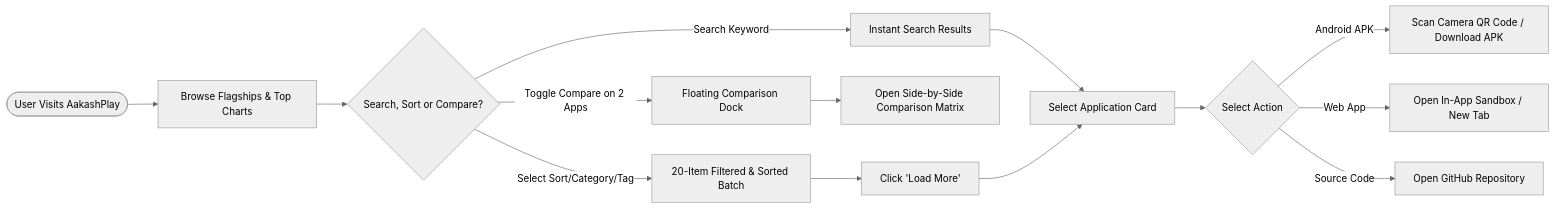
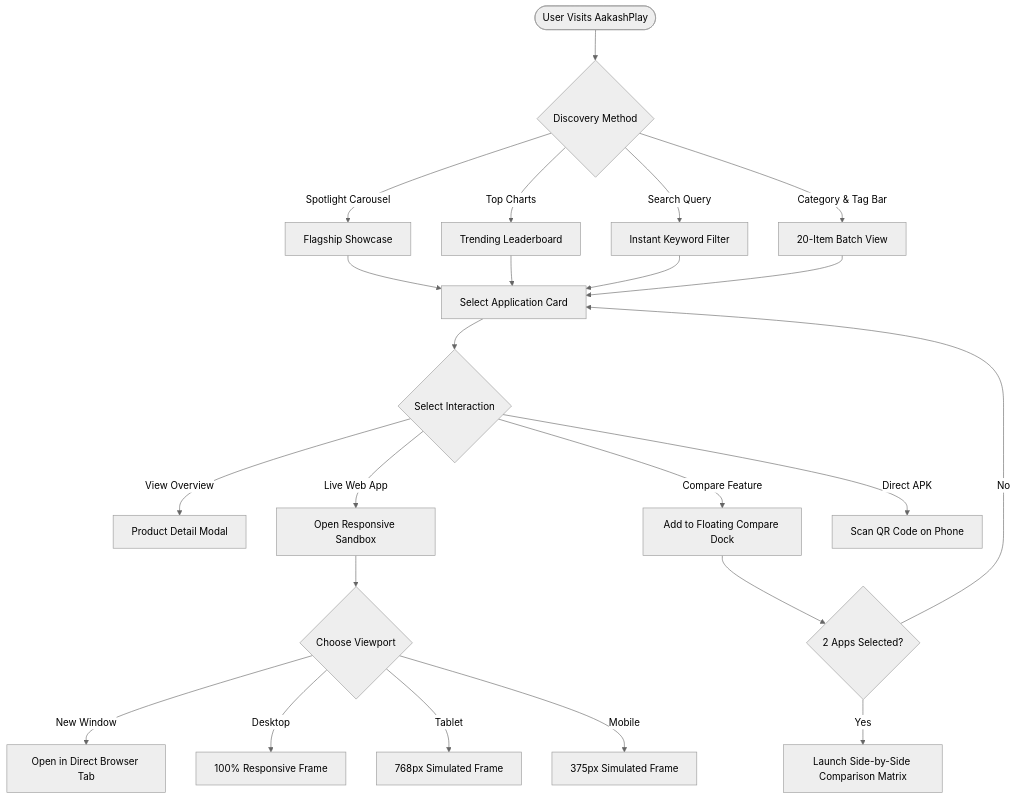
The third of 5 diagrams in README.md (aakashsakhalkar/AakashPlay), drawn with Mermaid (neutral theme) before and after one commit. The commit also changed other lines of this file, not shown here.

Commit message:
docs: update README with dated changelog, visuals, diagrams, and project catalog

````diff
--- a/README.md
+++ b/README.md
@@ -61,16 +121,26 @@
 ```mermaid
-flowchart LR
-    Start([User Visits AakashPlay]) --> Browse[Browse Flagships & Top Charts]
-    Browse --> Filter{Search, Sort or Compare?}
-    Filter -->|Search Keyword| InstantResults[Instant Search Results]
-    Filter -->|Select Sort/Category/Tag| FilteredBatch[20-Item Filtered & Sorted Batch]
-    Filter -->|Toggle Compare on 2 Apps| CompareDock[Floating Comparison Dock]
-    CompareDock --> CompareModal[Open Side-by-Side Comparison Matrix]
-    FilteredBatch --> LoadMore[Click 'Load More']
-    InstantResults --> AppCard[Select Application Card]
-    LoadMore --> AppCard
-    AppCard --> ActionChoice{Select Action}
-    ActionChoice -->|Android APK| ScanQR[Scan Camera QR Code / Download APK]
-    ActionChoice -->|Web App| LaunchSandbox[Open In-App Sandbox / New Tab]
-    ActionChoice -->|Source Code| OpenGitHub[Open GitHub Repository]
+flowchart TD
+    A([User Visits AakashPlay]) --> B{Discovery Method}
+    B -->|Spotlight Carousel| C[Flagship Showcase]
+    B -->|Top Charts| D[Trending Leaderboard]
+    B -->|Search Query| E[Instant Keyword Filter]
+    B -->|Category & Tag Bar| F[20-Item Batch View]
+
+    C & D & E & F --> G[Select Application Card]
+
+    G --> H{Select Interaction}
+    H -->|View Overview| I[Product Detail Modal]
+    H -->|Compare Feature| J[Add to Floating Compare Dock]
+    H -->|Live Web App| K[Open Responsive Sandbox]
+    H -->|Direct APK| L[Scan QR Code on Phone]
+
+    J --> M{2 Apps Selected?}
+    M -->|Yes| N[Launch Side-by-Side Comparison Matrix]
+    M -->|No| G
+
+    K --> O{Choose Viewport}
+    O -->|Mobile| P[375px Simulated Frame]
+    O -->|Tablet| Q[768px Simulated Frame]
+    O -->|Desktop| R[100% Responsive Frame]
+    O -->|New Window| S[Open in Direct Browser Tab]
 ```
````
